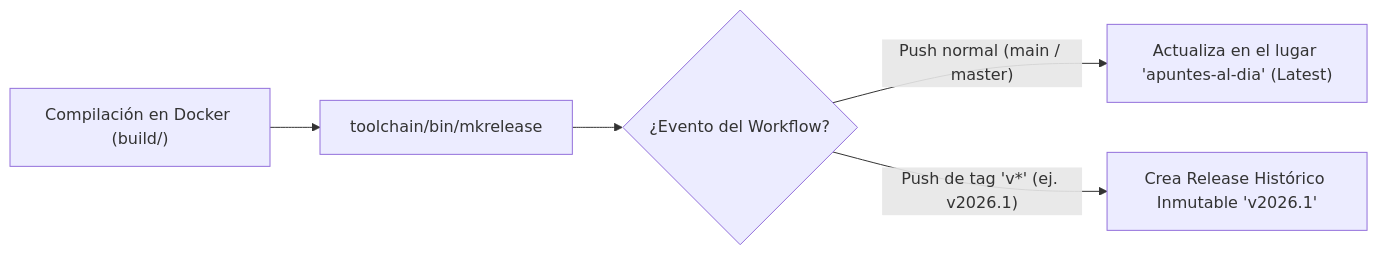
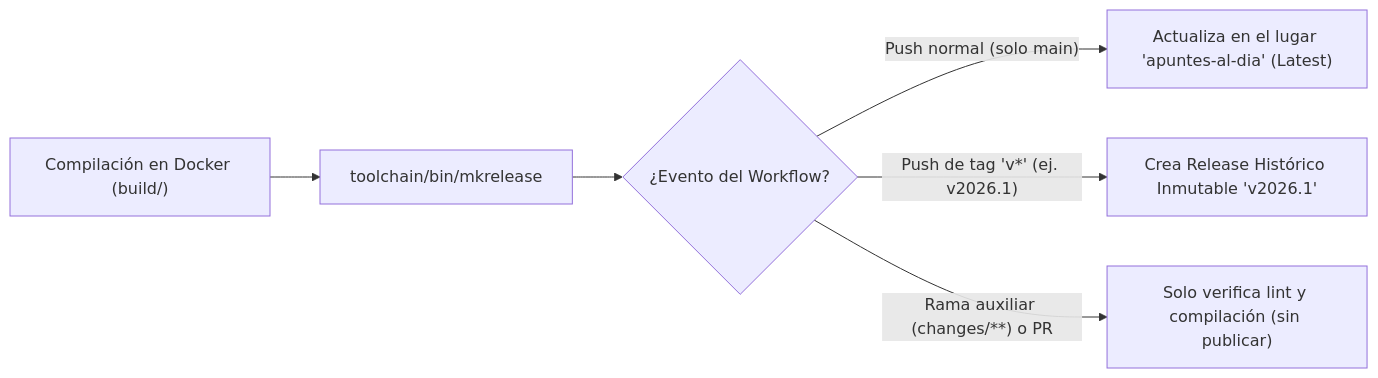
The diagram in docs/specs/06-publicacion-ordenada-en-releases.md (Gez-Schegtel/ASI-test), drawn with Mermaid before and after one commit. The commit also changed other lines of this file and 6 other files, not shown here.

````diff
--- a/docs/specs/06-publicacion-ordenada-en-releases.md
+++ b/docs/specs/06-publicacion-ordenada-en-releases.md
@@ -27,7 +27,8 @@
 ```mermaid
 flowchart LR
     A["Compilación en Docker (build/)"] --> B["toolchain/bin/mkrelease"]
     B --> C{"¿Evento del Workflow?"}
-    C -- "Push normal (main / master)" --> D["Actualiza en el lugar 'apuntes-al-dia' (Latest)"]
+    C -- "Push normal (solo main)" --> D["Actualiza en el lugar 'apuntes-al-dia' (Latest)"]
     C -- "Push de tag 'v*' (ej. v2026.1)" --> E["Crea Release Histórico Inmutable 'v2026.1'"]
+    C -- "Rama auxiliar (changes/**) o PR" --> F["Solo verifica lint y compilación (sin publicar)"]
 ```
````
